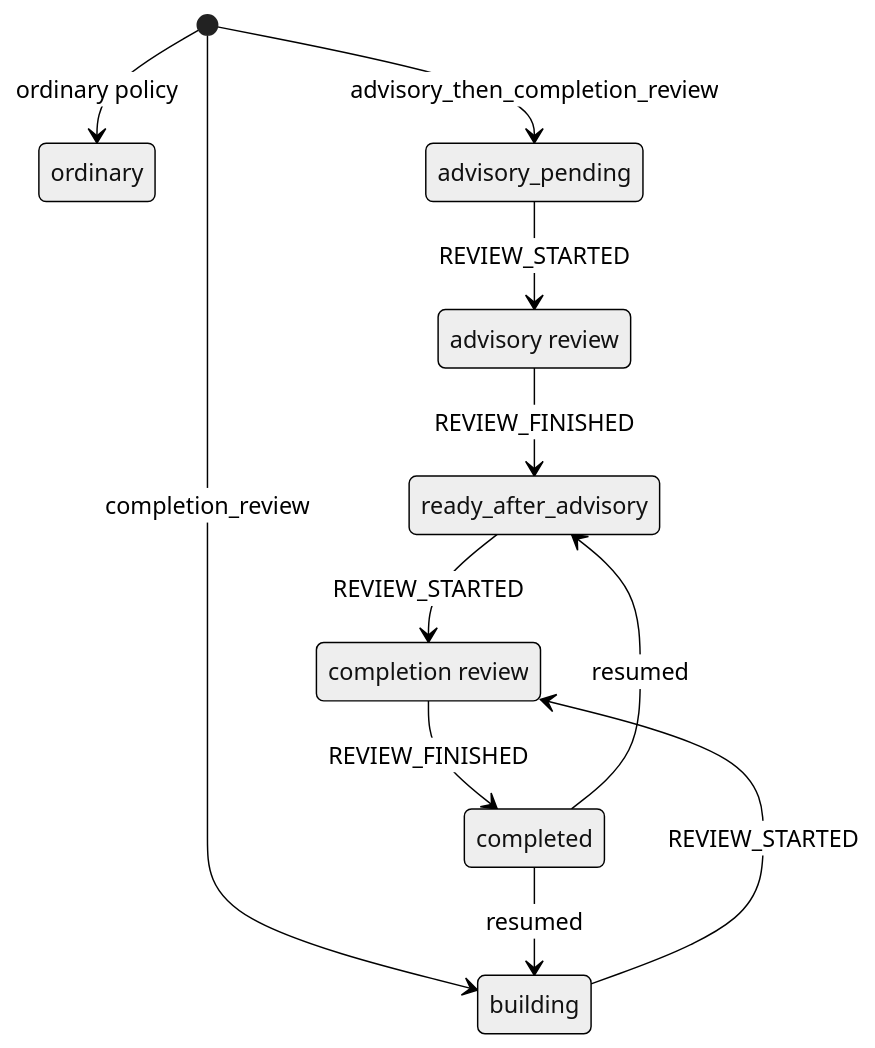
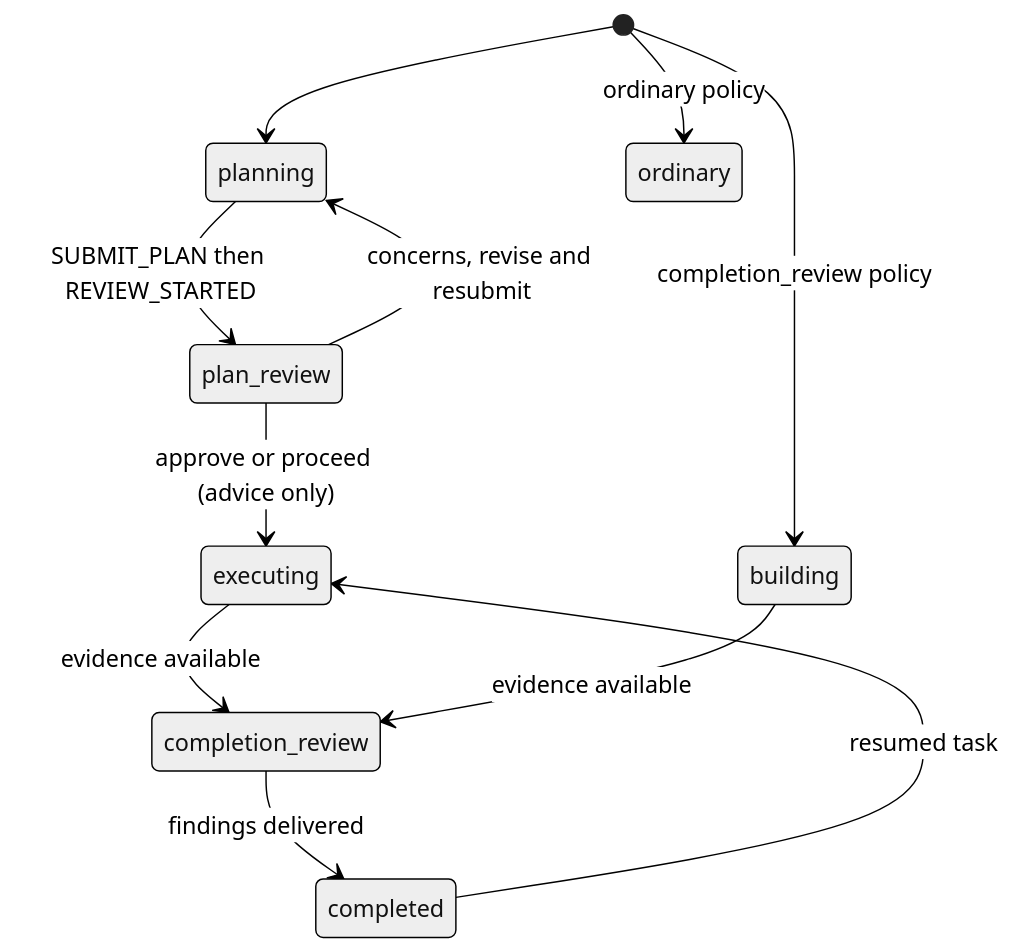
One commit to nigel-upstart/pi-buildout changed the second of 4 diagrams in extensions/router/README.md. Above: the diagram before and after it, drawn with Mermaid (neutral theme). The commit also changed other lines of this file and 19 other files, not shown here.

Commit message:
feat(router): advisory plan review and skipped-step notes

````diff
--- a/extensions/router/README.md
+++ b/extensions/router/README.md
@@ -481,15 +442,13 @@
 ```mermaid
 stateDiagram-v2
-  state "advisory review" as advisory_review
-  state "completion review" as completion_review
+  [*] --> planning
+  planning --> plan_review: SUBMIT_PLAN then REVIEW_STARTED
+  plan_review --> executing: approve or proceed (advice only)
+  plan_review --> planning: concerns, revise and resubmit
+  executing --> completion_review: evidence available
+  completion_review --> completed: findings delivered
+  completed --> executing: resumed task
+  [*] --> building: completion_review policy
+  building --> completion_review: evidence available
   [*] --> ordinary: ordinary policy
-  [*] --> building: completion_review
-  [*] --> advisory_pending: advisory_then_completion_review
-  advisory_pending --> advisory_review: REVIEW_STARTED
-  advisory_review --> ready_after_advisory: REVIEW_FINISHED
-  building --> completion_review: REVIEW_STARTED
-  ready_after_advisory --> completion_review: REVIEW_STARTED
-  completion_review --> completed: REVIEW_FINISHED
-  completed --> building: resumed
-  completed --> ready_after_advisory: resumed
 ```
````
